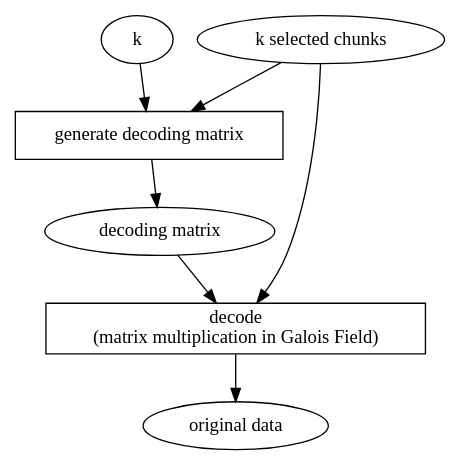
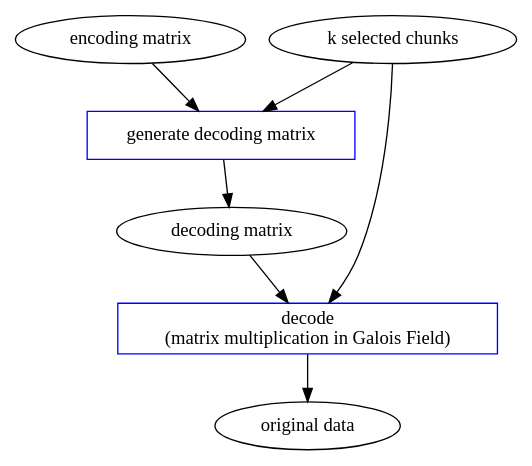
One commit to yszheda/GPU-RSCode changed the diagram in doc/schematic-diagram/decode.dot. Above: the diagram before and after it, drawn with Graphviz. The commit also changed 11 other files, not shown here.

Commit message:
update schematic diagrams.

```diff
--- a/doc/schematic-diagram/decode.dot
+++ b/doc/schematic-diagram/decode.dot
@@ -1,14 +1,16 @@
 digraph decode
 {
-DMFunc [shape=box, label="generate\ decoding\ matrix"];
+DMFunc [shape=box, label="generate\ decoding\ matrix", color=blue];
 DM [label="decoding\ matrix"];
+EM [label="encoding\ matrix"];
 selected_chunks [label="k\ selected\ chunks"];
 selected_chunks -> DMFunc;
-k -> DMFunc;
+//k -> DMFunc;
+EM -> DMFunc;
 DMFunc -> DM;
 data [label="original\ data"];
-decodeFunc [shape=box, label="decode\n\(matrix\ multiplication\ in\ Galois\ Field\)"];
+decodeFunc [shape=box, label="decode\n\(matrix\ multiplication\ in\ Galois\ Field\)", color=blue];
 DM -> decodeFunc;
 selected_chunks -> decodeFunc;
 decodeFunc -> data;
 }
```
